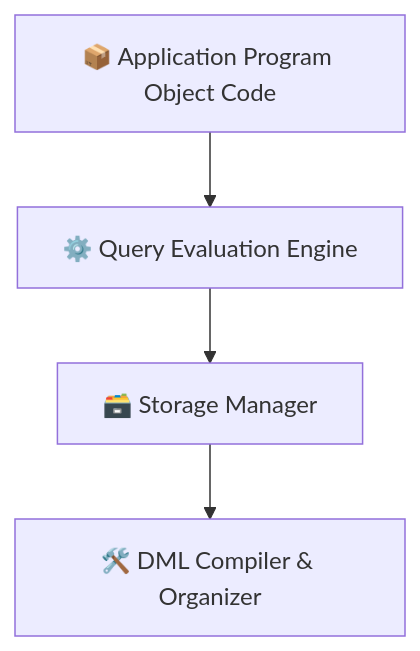
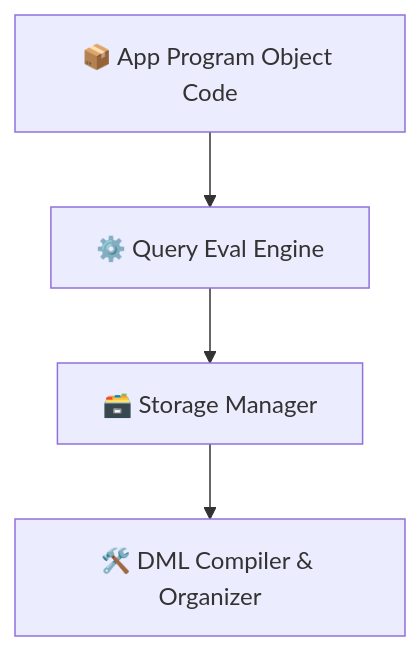
One commit to cherry0097/Database changed the fourth of 4 diagrams in README.md. Above: the diagram before and after it, drawn with Mermaid. The commit also changed other lines of this file, not shown here.

````diff
--- a/README.md
+++ b/README.md
@@ -68,6 +113,6 @@
 ```mermaid
 graph TD
-  AppCode[📦 Application Program Object Code] --> Engine[⚙️ Query Evaluation Engine]
+  AppCode[📦 App Program Object Code] --> Engine[⚙️ Query Eval Engine]
   Engine --> Manager[🗃️ Storage Manager]
   Manager --> Compiler[🛠️ DML Compiler & Organizer]
 ```
````
